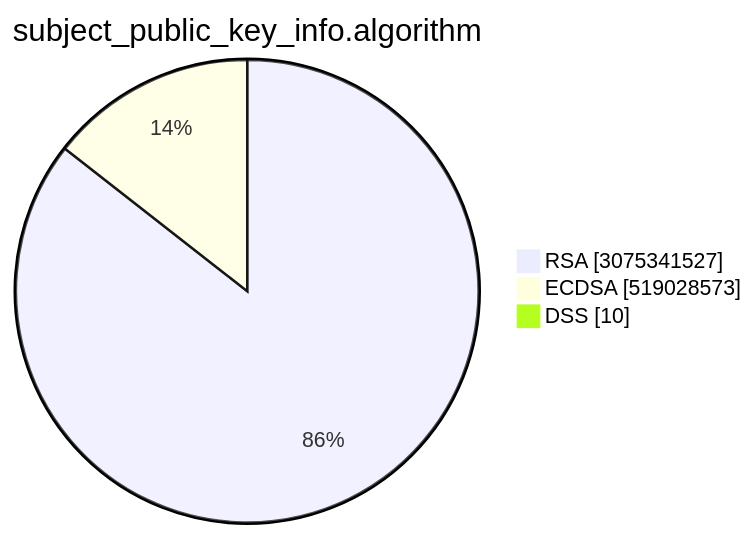
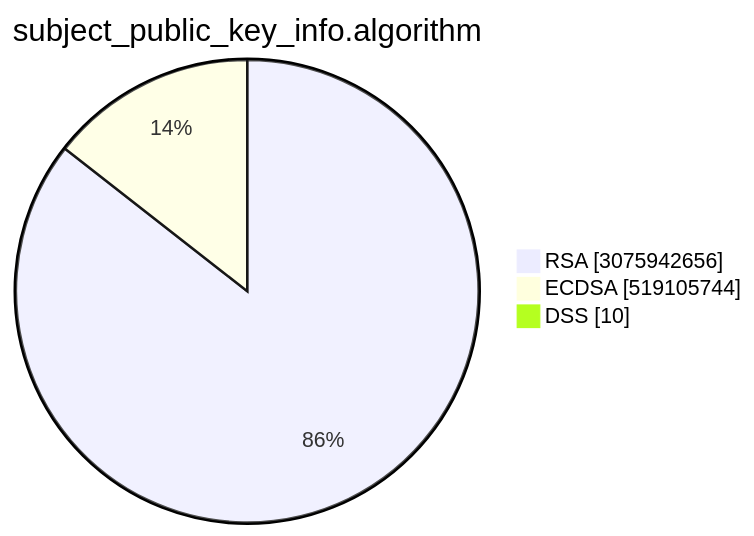
The second of 15 diagrams in TOTAL/README.md (christiankrug/ctmonitor_visualization), drawn with Mermaid before and after one commit. The commit also changed other lines of this file, not shown here.

````diff
--- a/TOTAL/README.md
+++ b/TOTAL/README.md
@@ -6,7 +6,7 @@
 ```mermaid
 pie showData
 title subject_public_key_info.algorithm
-"RSA" :3075341527
-"ECDSA" :519028573
+"RSA" :3075942656
+"ECDSA" :519105744
 "DSS" :10
 ```
````
